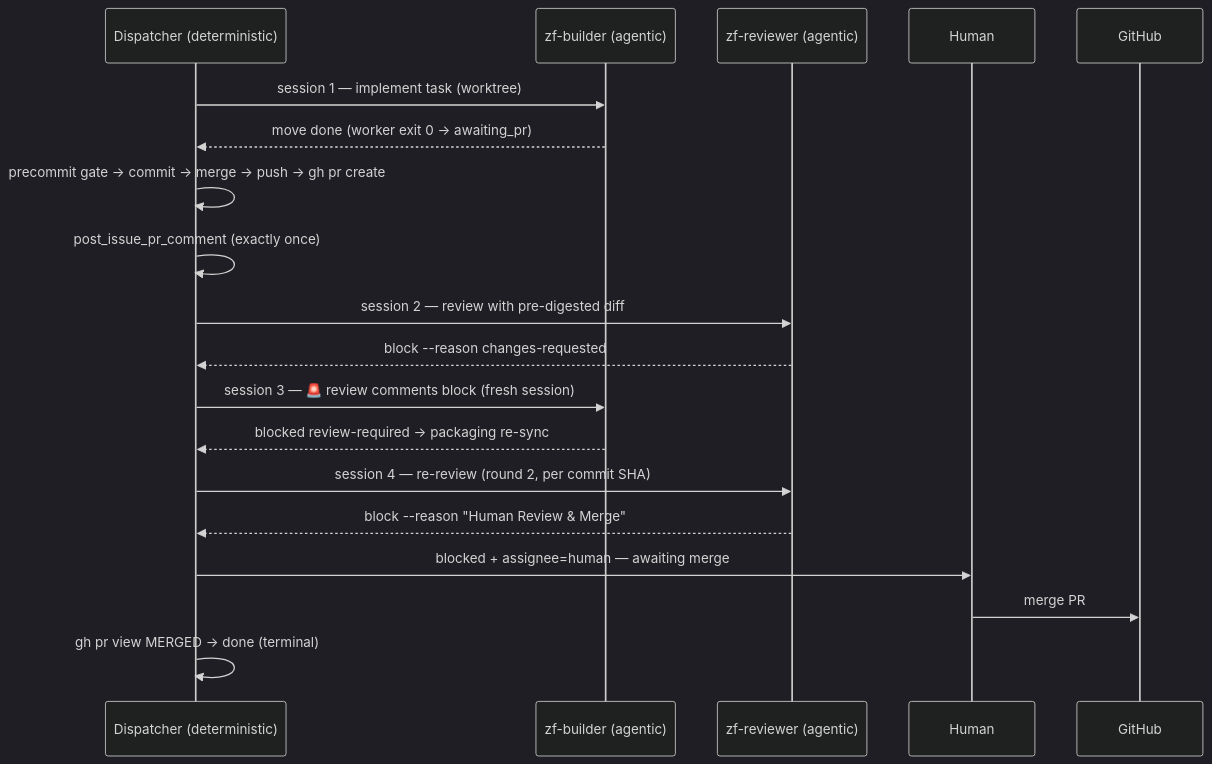
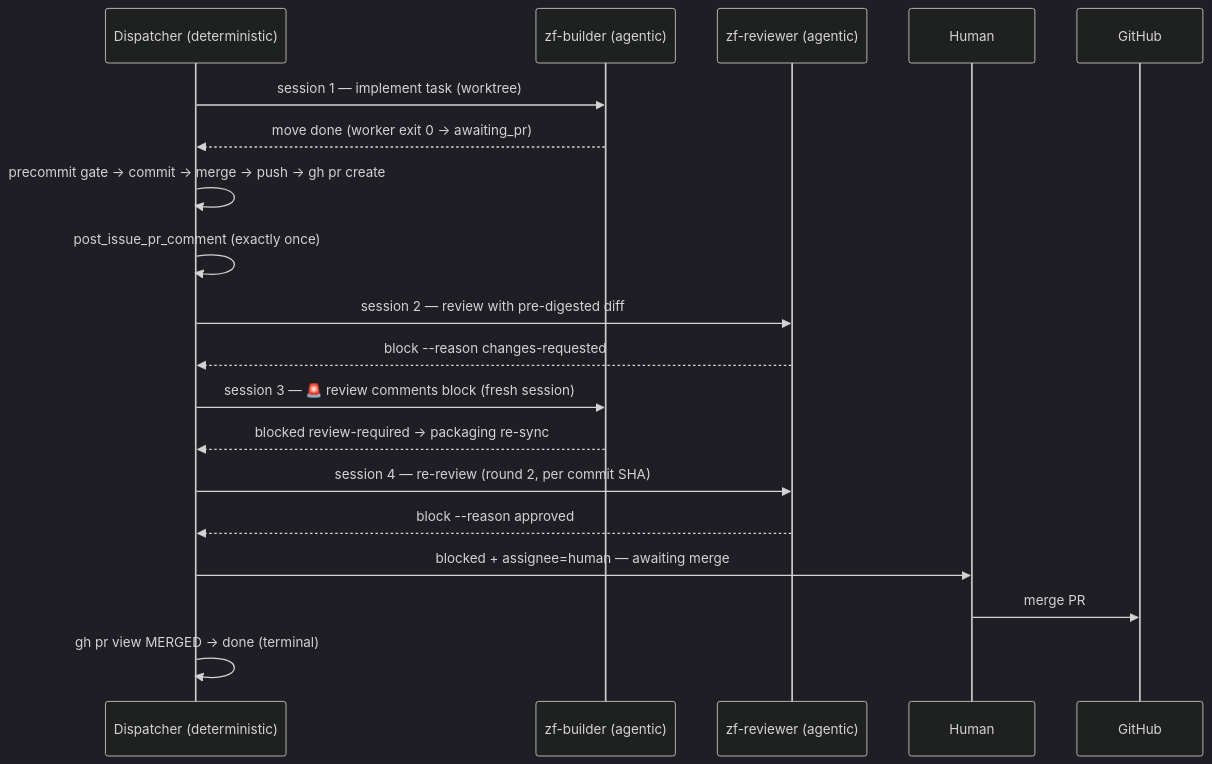
One commit to hotcode-dev/zerofactory changed the fifth of 11 diagrams in docs/FLOWS.md. Above: the diagram before and after it, drawn with Mermaid (dark theme). The commit also changed other lines of this file and 14 other files, not shown here.

````diff
--- a/docs/FLOWS.md
+++ b/docs/FLOWS.md
@@ -246,21 +247,21 @@
 ```mermaid
 sequenceDiagram
     participant D as Dispatcher (deterministic)
     participant B as zf-builder (agentic)
     participant R as zf-reviewer (agentic)
     participant H as Human
 
     D->>B: session 1 — implement task (worktree)
     B-->>D: move done (worker exit 0 -> awaiting_pr)
     D->>D: precommit gate -> commit -> merge -> push -> gh pr create
     D->>D: post_issue_pr_comment (exactly once)
     D->>R: session 2 — review with pre-digested diff
     R-->>D: block --reason changes-requested
     D->>B: session 3 — 🚨 review comments block (fresh session)
     B-->>D: blocked review-required -> packaging re-sync
     D->>R: session 4 — re-review (round 2, per commit SHA)
-    R-->>D: block --reason "Human Review & Merge"
+    R-->>D: block --reason approved
     D->>H: blocked + assignee=human — awaiting merge
     H->>GitHub: merge PR
     D->>D: gh pr view MERGED -> done (terminal)
 ```
````
